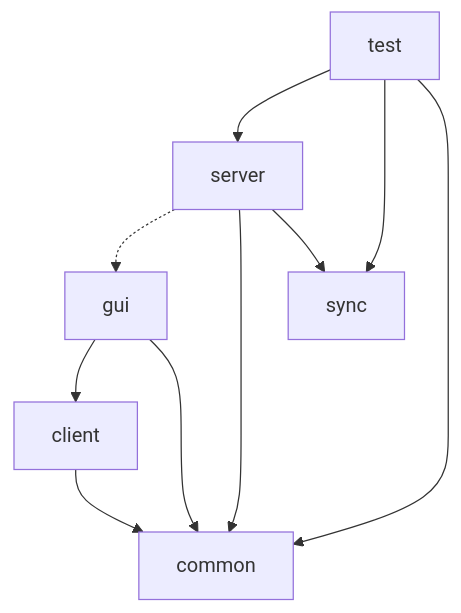
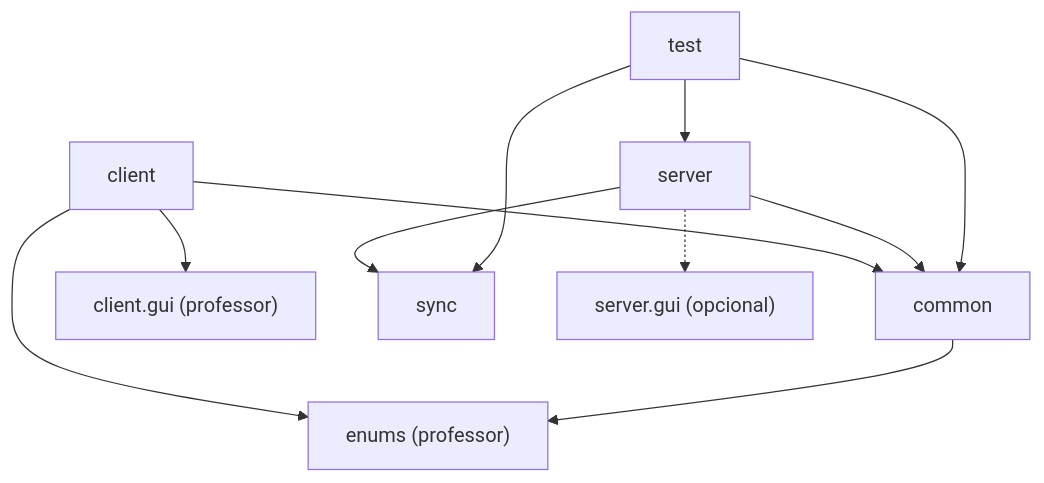
Before and after one commit to FredsonMu/IscoT-pcd: the second of 4 diagrams in docs/02-arquitetura.md, drawn with Mermaid. The commit also changed other lines of this file and 65 other files, not shown here.

First line of the commit message:
Adapta o projeto ao código base da GUI do professor

````diff
--- a/docs/02-arquitetura.md
+++ b/docs/02-arquitetura.md
@@ -36,12 +90,13 @@
 ```mermaid
 flowchart TD
-  gui --> client
-  server -.-> gui
   client --> common
-  gui --> common
+  client --> clientgui["client.gui (professor)"]
+  client --> enums["enums (professor)"]
+  common --> enums
   server --> common
   server --> sync
+  server -.-> servergui["server.gui (opcional)"]
   test --> server
   test --> sync
   test --> common
 ```
````
